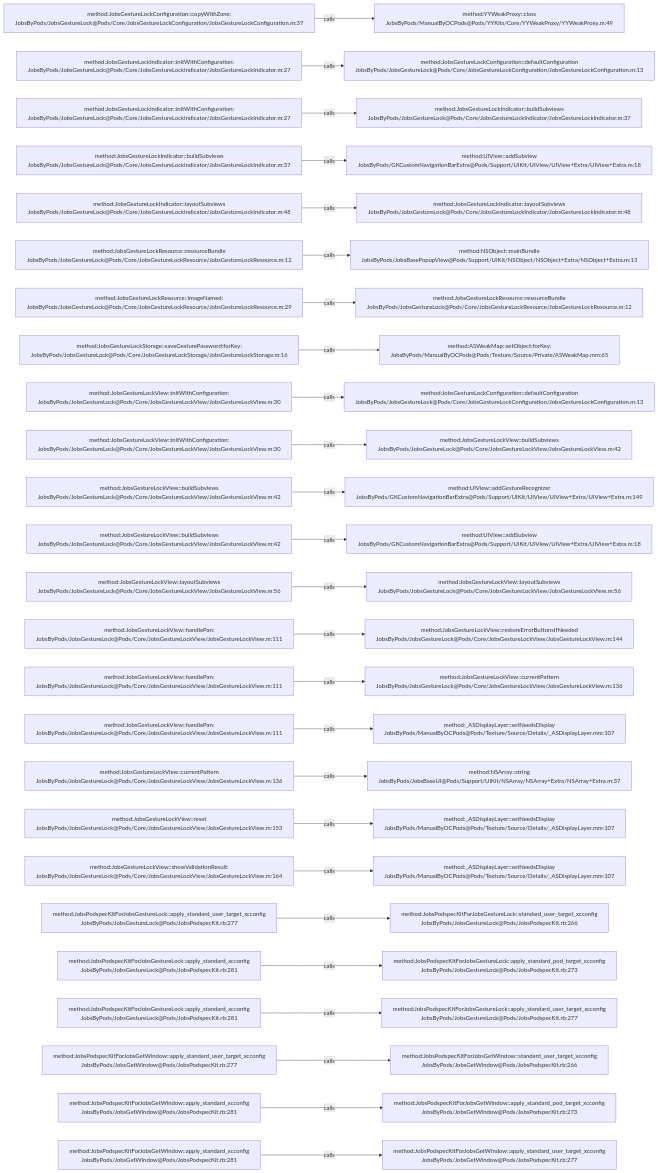
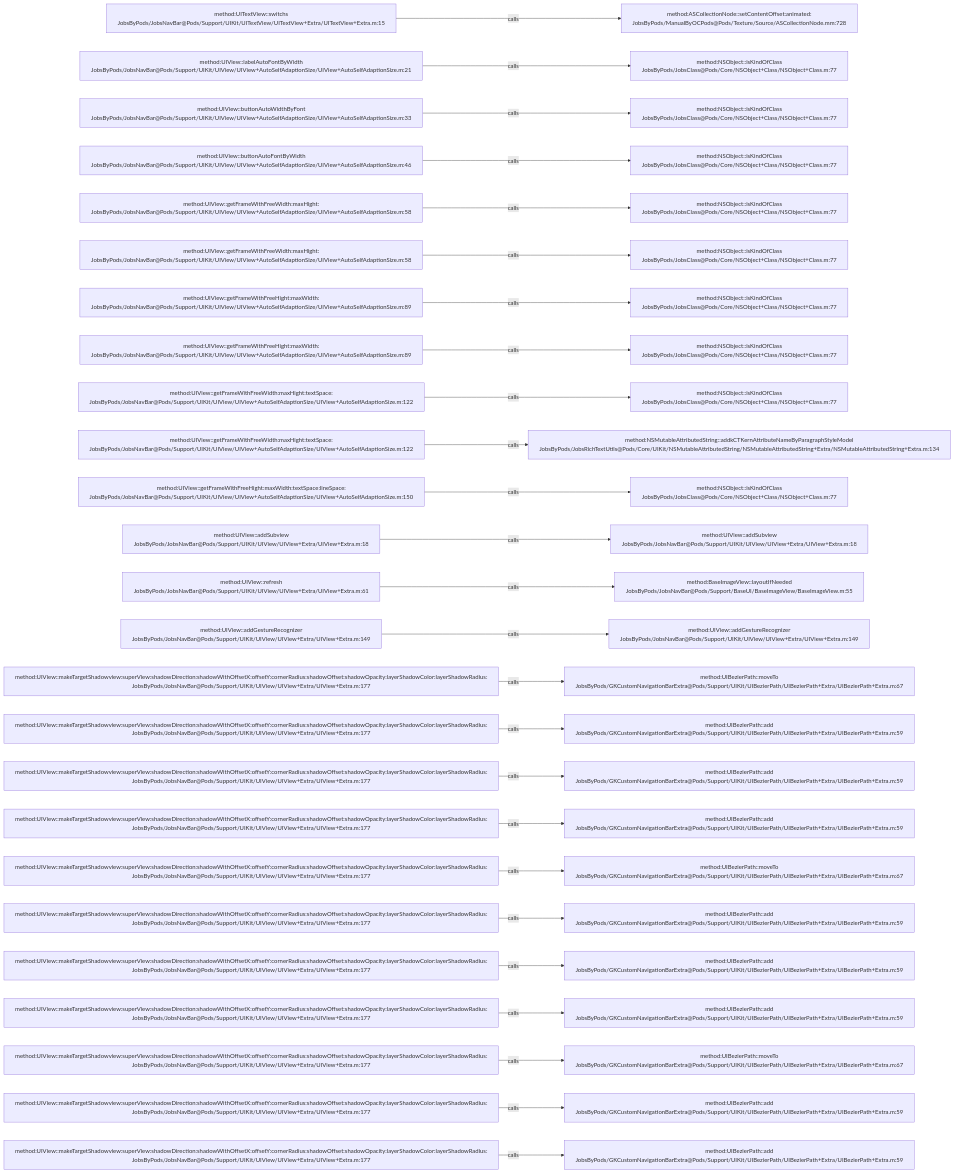
The diagram in .codegraph/codegraph.md/graphs/calls-124.md (JobsKits/JobsOCBaseConfigDemo), drawn with Mermaid before and after one commit. The commit also changed 1026 other files, not shown here.

````diff
--- a/.codegraph/codegraph.md/graphs/calls-124.md
+++ b/.codegraph/codegraph.md/graphs/calls-124.md
@@ -13,78 +13,78 @@
 ```mermaid
 flowchart LR
-  S1["method:JobsGestureLockConfiguration::copyWithZone:<br/>JobsByPods/JobsGestureLock@Pods/Core/JobsGestureLockConfiguration/JobsGestureLockConfiguration.m:37"]
-  T1["method:YYWeakProxy::class<br/>JobsByPods/ManualByOCPods@Pods/YYKits/Core/YYWeakProxy/YYWeakProxy.m:49"]
+  S1["method:UITextView::switchs<br/>JobsByPods/JobsNavBar@Pods/Support/UIKit/UITextView/UITextView+Extra/UITextView+Extra.m:15"]
+  T1["method:ASCollectionNode::setContentOffset:animated:<br/>JobsByPods/ManualByOCPods@Pods/Texture/Source/ASCollectionNode.mm:728"]
   S1 -->|calls| T1
-  S2["method:JobsGestureLockIndicator::initWithConfiguration:<br/>JobsByPods/JobsGestureLock@Pods/Core/JobsGestureLockIndicator/JobsGestureLockIndicator.m:27"]
-  T2["method:JobsGestureLockConfiguration::defaultConfiguration<br/>JobsByPods/JobsGestureLock@Pods/Core/JobsGestureLockConfiguration/JobsGestureLockConfiguration.m:13"]
+  S2["method:UIView::labelAutoFontByWidth<br/>JobsByPods/JobsNavBar@Pods/Support/UIKit/UIView/UIView+AutoSelfAdaptionSize/UIView+AutoSelfAdaptionSize.m:21"]
+  T2["method:NSObject::isKindOfClass<br/>JobsByPods/JobsClass@Pods/Core/NSObject+Class/NSObject+Class.m:77"]
   S2 -->|calls| T2
-  S3["method:JobsGestureLockIndicator::initWithConfiguration:<br/>JobsByPods/JobsGestureLock@Pods/Core/JobsGestureLockIndicator/JobsGestureLockIndicator.m:27"]
-  T3["method:JobsGestureLockIndicator::buildSubviews<br/>JobsByPods/JobsGestureLock@Pods/Core/JobsGestureLockIndicator/JobsGestureLockIndicator.m:37"]
+  S3["method:UIView::buttonAutoWidthByFont<br/>JobsByPods/JobsNavBar@Pods/Support/UIKit/UIView/UIView+AutoSelfAdaptionSize/UIView+AutoSelfAdaptionSize.m:33"]
+  T3["method:NSObject::isKindOfClass<br/>JobsByPods/JobsClass@Pods/Core/NSObject+Class/NSObject+Class.m:77"]
   S3 -->|calls| T3
-  S4["method:JobsGestureLockIndicator::buildSubviews<br/>JobsByPods/JobsGestureLock@Pods/Core/JobsGestureLockIndicator/JobsGestureLockIndicator.m:37"]
-  T4["method:UIView::addSubview<br/>JobsByPods/GKCustomNavigationBarExtra@Pods/Support/UIKit/UIView/UIView+Extra/UIView+Extra.m:18"]
+  S4["method:UIView::buttonAutoFontByWidth<br/>JobsByPods/JobsNavBar@Pods/Support/UIKit/UIView/UIView+AutoSelfAdaptionSize/UIView+AutoSelfAdaptionSize.m:46"]
+  T4["method:NSObject::isKindOfClass<br/>JobsByPods/JobsClass@Pods/Core/NSObject+Class/NSObject+Class.m:77"]
   S4 -->|calls| T4
-  S5["method:JobsGestureLockIndicator::layoutSubviews<br/>JobsByPods/JobsGestureLock@Pods/Core/JobsGestureLockIndicator/JobsGestureLockIndicator.m:48"]
-  T5["method:JobsGestureLockIndicator::layoutSubviews<br/>JobsByPods/JobsGestureLock@Pods/Core/JobsGestureLockIndicator/JobsGestureLockIndicator.m:48"]
+  S5["method:UIView::getFrameWithFreeWidth:maxHight:<br/>JobsByPods/JobsNavBar@Pods/Support/UIKit/UIView/UIView+AutoSelfAdaptionSize/UIView+AutoSelfAdaptionSize.m:58"]
+  T5["method:NSObject::isKindOfClass<br/>JobsByPods/JobsClass@Pods/Core/NSObject+Class/NSObject+Class.m:77"]
   S5 -->|calls| T5
-  S6["method:JobsGestureLockResource::resourceBundle<br/>JobsByPods/JobsGestureLock@Pods/Core/JobsGestureLockResource/JobsGestureLockResource.m:12"]
-  T6["method:NSObject::mainBundle<br/>JobsByPods/JobsBasePopupView@Pods/Support/UIKit/NSObject/NSObject+Extra/NSObject+Extra.m:13"]
+  S6["method:UIView::getFrameWithFreeWidth:maxHight:<br/>JobsByPods/JobsNavBar@Pods/Support/UIKit/UIView/UIView+AutoSelfAdaptionSize/UIView+AutoSelfAdaptionSize.m:58"]
+  T6["method:NSObject::isKindOfClass<br/>JobsByPods/JobsClass@Pods/Core/NSObject+Class/NSObject+Class.m:77"]
   S6 -->|calls| T6
-  S7["method:JobsGestureLockResource::imageNamed:<br/>JobsByPods/JobsGestureLock@Pods/Core/JobsGestureLockResource/JobsGestureLockResource.m:29"]
-  T7["method:JobsGestureLockResource::resourceBundle<br/>JobsByPods/JobsGestureLock@Pods/Core/JobsGestureLockResource/JobsGestureLockResource.m:12"]
+  S7["method:UIView::getFrameWithFreeHight:maxWidth:<br/>JobsByPods/JobsNavBar@Pods/Support/UIKit/UIView/UIView+AutoSelfAdaptionSize/UIView+AutoSelfAdaptionSize.m:89"]
+  T7["method:NSObject::isKindOfClass<br/>JobsByPods/JobsClass@Pods/Core/NSObject+Class/NSObject+Class.m:77"]
   S7 -->|calls| T7
-  S8["method:JobsGestureLockStorage::saveGesturePassword:forKey:<br/>JobsByPods/JobsGestureLock@Pods/Core/JobsGestureLockStorage/JobsGestureLockStorage.m:16"]
-  T8["method:ASWeakMap::setObject:forKey:<br/>JobsByPods/ManualByOCPods@Pods/Texture/Source/Private/ASWeakMap.mm:65"]
+  S8["method:UIView::getFrameWithFreeHight:maxWidth:<br/>JobsByPods/JobsNavBar@Pods/Support/UIKit/UIView/UIView+AutoSelfAdaptionSize/UIView+AutoSelfAdaptionSize.m:89"]
+  T8["method:NSObject::isKindOfClass<br/>JobsByPods/JobsClass@Pods/Core/NSObject+Class/NSObject+Class.m:77"]
   S8 -->|calls| T8
-  S9["method:JobsGestureLockView::initWithConfiguration:<br/>JobsByPods/JobsGestureLock@Pods/Core/JobsGestureLockView/JobsGestureLockView.m:30"]
-  T9["method:JobsGestureLockConfiguration::defaultConfiguration<br/>JobsByPods/JobsGestureLock@Pods/Core/JobsGestureLockConfiguration/JobsGestureLockConfiguration.m:13"]
+  S9["method:UIView::getFrameWithFreeWidth:maxHight:textSpace:<br/>JobsByPods/JobsNavBar@Pods/Support/UIKit/UIView/UIView+AutoSelfAdaptionSize/UIView+AutoSelfAdaptionSize.m:122"]
+  T9["method:NSObject::isKindOfClass<br/>JobsByPods/JobsClass@Pods/Core/NSObject+Class/NSObject+Class.m:77"]
   S9 -->|calls| T9
-  S10["method:JobsGestureLockView::initWithConfiguration:<br/>JobsByPods/JobsGestureLock@Pods/Core/JobsGestureLockView/JobsGestureLockView.m:30"]
-  T10["method:JobsGestureLockView::buildSubviews<br/>JobsByPods/JobsGestureLock@Pods/Core/JobsGestureLockView/JobsGestureLockView.m:42"]
+  S10["method:UIView::getFrameWithFreeWidth:maxHight:textSpace:<br/>JobsByPods/JobsNavBar@Pods/Support/UIKit/UIView/UIView+AutoSelfAdaptionSize/UIView+AutoSelfAdaptionSize.m:122"]
+  T10["method:NSMutableAttributedString::addkCTKernAttributeNameByParagraphStyleModel<br/>JobsByPods/JobsRichTextUtils@Pods/Core/UIKit/NSMutableAttributedString/NSMutableAttributedString+Extra/NSMutableAttributedString+Extra.m:134"]
   S10 -->|calls| T10
-  S11["method:JobsGestureLockView::buildSubviews<br/>JobsByPods/JobsGestureLock@Pods/Core/JobsGestureLockView/JobsGestureLockView.m:42"]
-  T11["method:UIView::addGestureRecognizer<br/>JobsByPods/GKCustomNavigationBarExtra@Pods/Support/UIKit/UIView/UIView+Extra/UIView+Extra.m:149"]
+  S11["method:UIView::getFrameWithFreeHight:maxWidth:textSpace:lineSpace:<br/>JobsByPods/JobsNavBar@Pods/Support/UIKit/UIView/UIView+AutoSelfAdaptionSize/UIView+AutoSelfAdaptionSize.m:150"]
+  T11["method:NSObject::isKindOfClass<br/>JobsByPods/JobsClass@Pods/Core/NSObject+Class/NSObject+Class.m:77"]
   S11 -->|calls| T11
-  S12["method:JobsGestureLockView::buildSubviews<br/>JobsByPods/JobsGestureLock@Pods/Core/JobsGestureLockView/JobsGestureLockView.m:42"]
-  T12["method:UIView::addSubview<br/>JobsByPods/GKCustomNavigationBarExtra@Pods/Support/UIKit/UIView/UIView+Extra/UIView+Extra.m:18"]
+  S12["method:UIView::addSubview<br/>JobsByPods/JobsNavBar@Pods/Support/UIKit/UIView/UIView+Extra/UIView+Extra.m:18"]
+  T12["method:UIView::addSubview<br/>JobsByPods/JobsNavBar@Pods/Support/UIKit/UIView/UIView+Extra/UIView+Extra.m:18"]
   S12 -->|calls| T12
-  S13["method:JobsGestureLockView::layoutSubviews<br/>JobsByPods/JobsGestureLock@Pods/Core/JobsGestureLockView/JobsGestureLockView.m:56"]
-  T13["method:JobsGestureLockView::layoutSubviews<br/>JobsByPods/JobsGestureLock@Pods/Core/JobsGestureLockView/JobsGestureLockView.m:56"]
+  S13["method:UIView::refresh<br/>JobsByPods/JobsNavBar@Pods/Support/UIKit/UIView/UIView+Extra/UIView+Extra.m:61"]
+  T13["method:BaseImageView::layoutIfNeeded<br/>JobsByPods/JobsNavBar@Pods/Support/BaseUI/BaseImageView/BaseImageView.m:55"]
   S13 -->|calls| T13
-  S14["method:JobsGestureLockView::handlePan:<br/>JobsByPods/JobsGestureLock@Pods/Core/JobsGestureLockView/JobsGestureLockView.m:111"]
-  T14["method:JobsGestureLockView::restoreErrorButtonsIfNeeded<br/>JobsByPods/JobsGestureLock@Pods/Core/JobsGestureLockView/JobsGestureLockView.m:144"]
+  S14["method:UIView::addGestureRecognizer<br/>JobsByPods/JobsNavBar@Pods/Support/UIKit/UIView/UIView+Extra/UIView+Extra.m:149"]
+  T14["method:UIView::addGestureRecognizer<br/>JobsByPods/JobsNavBar@Pods/Support/UIKit/UIView/UIView+Extra/UIView+Extra.m:149"]
   S14 -->|calls| T14
-  S15["method:JobsGestureLockView::handlePan:<br/>JobsByPods/JobsGestureLock@Pods/Core/JobsGestureLockView/JobsGestureLockView.m:111"]
-  T15["method:JobsGestureLockView::currentPattern<br/>JobsByPods/JobsGestureLock@Pods/Core/JobsGestureLockView/JobsGestureLockView.m:136"]
+  S15["method:UIView::makeTargetShadowview:superView:shadowDirection:shadowWithOffsetX:offsetY:cornerRadius:shadowOffset:shadowOpacity:layerShadowColor:layerShadowRadius:<br/>JobsByPods/JobsNavBar@Pods/Support/UIKit/UIView/UIView+Extra/UIView+Extra.m:177"]
+  T15["method:UIBezierPath::moveTo<br/>JobsByPods/GKCustomNavigationBarExtra@Pods/Support/UIKit/UIBezierPath/UIBezierPath+Extra/UIBezierPath+Extra.m:67"]
   S15 -->|calls| T15
-  S16["method:JobsGestureLockView::handlePan:<br/>JobsByPods/JobsGestureLock@Pods/Core/JobsGestureLockView/JobsGestureLockView.m:111"]
-  T16["method:_ASDisplayLayer::setNeedsDisplay<br/>JobsByPods/ManualByOCPods@Pods/Texture/Source/Details/_ASDisplayLayer.mm:107"]
+  S16["method:UIView::makeTargetShadowview:superView:shadowDirection:shadowWithOffsetX:offsetY:cornerRadius:shadowOffset:shadowOpacity:layerShadowColor:layerShadowRadius:<br/>JobsByPods/JobsNavBar@Pods/Support/UIKit/UIView/UIView+Extra/UIView+Extra.m:177"]
+  T16["method:UIBezierPath::add<br/>JobsByPods/GKCustomNavigationBarExtra@Pods/Support/UIKit/UIBezierPath/UIBezierPath+Extra/UIBezierPath+Extra.m:59"]
   S16 -->|calls| T16
-  S17["method:JobsGestureLockView::currentPattern<br/>JobsByPods/JobsGestureLock@Pods/Core/JobsGestureLockView/JobsGestureLockView.m:136"]
-  T17["method:NSArray::string<br/>JobsByPods/JobsBaseUI@Pods/Support/UIKit/NSArray/NSArray+Extra/NSArray+Extra.m:37"]
+  S17["method:UIView::makeTargetShadowview:superView:shadowDirection:shadowWithOffsetX:offsetY:cornerRadius:shadowOffset:shadowOpacity:layerShadowColor:layerShadowRadius:<br/>JobsByPods/JobsNavBar@Pods/Support/UIKit/UIView/UIView+Extra/UIView+Extra.m:177"]
+  T17["method:UIBezierPath::add<br/>JobsByPods/GKCustomNavigationBarExtra@Pods/Support/UIKit/UIBezierPath/UIBezierPath+Extra/UIBezierPath+Extra.m:59"]
   S17 -->|calls| T17
-  S18["method:JobsGestureLockView::reset<br/>JobsByPods/JobsGestureLock@Pods/Core/JobsGestureLockView/JobsGestureLockView.m:153"]
-  T18["method:_ASDisplayLayer::setNeedsDisplay<br/>JobsByPods/ManualByOCPods@Pods/Texture/Source/Details/_ASDisplayLayer.mm:107"]
+  S18["method:UIView::makeTargetShadowview:superView:shadowDirection:shadowWithOffsetX:offsetY:cornerRadius:shadowOffset:shadowOpacity:layerShadowColor:layerShadowRadius:<br/>JobsByPods/JobsNavBar@Pods/Support/UIKit/UIView/UIView+Extra/UIView+Extra.m:177"]
+  T18["method:UIBezierPath::add<br/>JobsByPods/GKCustomNavigationBarExtra@Pods/Support/UIKit/UIBezierPath/UIBezierPath+Extra/UIBezierPath+Extra.m:59"]
   S18 -->|calls| T18
-  S19["method:JobsGestureLockView::showValidationResult:<br/>JobsByPods/JobsGestureLock@Pods/Core/JobsGestureLockView/JobsGestureLockView.m:164"]
-  T19["method:_ASDisplayLayer::setNeedsDisplay<br/>JobsByPods/ManualByOCPods@Pods/Texture/Source/Details/_ASDisplayLayer.mm:107"]
+  S19["method:UIView::makeTargetShadowview:superView:shadowDirection:shadowWithOffsetX:offsetY:cornerRadius:shadowOffset:shadowOpacity:layerShadowColor:layerShadowRadius:<br/>JobsByPods/JobsNavBar@Pods/Support/UIKit/UIView/UIView+Extra/UIView+Extra.m:177"]
+  T19["method:UIBezierPath::moveTo<br/>JobsByPods/GKCustomNavigationBarExtra@Pods/Support/UIKit/UIBezierPath/UIBezierPath+Extra/UIBezierPath+Extra.m:67"]
   S19 -->|calls| T19
-  S20["method:JobsPodspecKitForJobsGestureLock::apply_standard_user_target_xcconfig<br/>JobsByPods/JobsGestureLock@Pods/JobsPodspecKit.rb:277"]
-  T20["method:JobsPodspecKitForJobsGestureLock::standard_user_target_xcconfig<br/>JobsByPods/JobsGestureLock@Pods/JobsPodspecKit.rb:266"]
+  S20["method:UIView::makeTargetShadowview:superView:shadowDirection:shadowWithOffsetX:offsetY:cornerRadius:shadowOffset:shadowOpacity:layerShadowColor:layerShadowRadius:<br/>JobsByPods/JobsNavBar@Pods/Support/UIKit/UIView/UIView+Extra/UIView+Extra.m:177"]
+  T20["method:UIBezierPath::add<br/>JobsByPods/GKCustomNavigationBarExtra@Pods/Support/UIKit/UIBezierPath/UIBezierPath+Extra/UIBezierPath+Extra.m:59"]
   S20 -->|calls| T20
-  S21["method:JobsPodspecKitForJobsGestureLock::apply_standard_xcconfig<br/>JobsByPods/JobsGestureLock@Pods/JobsPodspecKit.rb:281"]
-  T21["method:JobsPodspecKitForJobsGestureLock::apply_standard_pod_target_xcconfig<br/>JobsByPods/JobsGestureLock@Pods/JobsPodspecKit.rb:273"]
+  S21["method:UIView::makeTargetShadowview:superView:shadowDirection:shadowWithOffsetX:offsetY:cornerRadius:shadowOffset:shadowOpacity:layerShadowColor:layerShadowRadius:<br/>JobsByPods/JobsNavBar@Pods/Support/UIKit/UIView/UIView+Extra/UIView+Extra.m:177"]
+  T21["method:UIBezierPath::add<br/>JobsByPods/GKCustomNavigationBarExtra@Pods/Support/UIKit/UIBezierPath/UIBezierPath+Extra/UIBezierPath+Extra.m:59"]
   S21 -->|calls| T21
-  S22["method:JobsPodspecKitForJobsGestureLock::apply_standard_xcconfig<br/>JobsByPods/JobsGestureLock@Pods/JobsPodspecKit.rb:281"]
-  T22["method:JobsPodspecKitForJobsGestureLock::apply_standard_user_target_xcconfig<br/>JobsByPods/JobsGestureLock@Pods/JobsPodspecKit.rb:277"]
+  S22["method:UIView::makeTargetShadowview:superView:shadowDirection:shadowWithOffsetX:offsetY:cornerRadius:shadowOffset:shadowOpacity:layerShadowColor:layerShadowRadius:<br/>JobsByPods/JobsNavBar@Pods/Support/UIKit/UIView/UIView+Extra/UIView+Extra.m:177"]
+  T22["method:UIBezierPath::add<br/>JobsByPods/GKCustomNavigationBarExtra@Pods/Support/UIKit/UIBezierPath/UIBezierPath+Extra/UIBezierPath+Extra.m:59"]
   S22 -->|calls| T22
-  S23["method:JobsPodspecKitForJobsGetWindow::apply_standard_user_target_xcconfig<br/>JobsByPods/JobsGetWindow@Pods/JobsPodspecKit.rb:277"]
-  T23["method:JobsPodspecKitForJobsGetWindow::standard_user_target_xcconfig<br/>JobsByPods/JobsGetWindow@Pods/JobsPodspecKit.rb:266"]
+  S23["method:UIView::makeTargetShadowview:superView:shadowDirection:shadowWithOffsetX:offsetY:cornerRadius:shadowOffset:shadowOpacity:layerShadowColor:layerShadowRadius:<br/>JobsByPods/JobsNavBar@Pods/Support/UIKit/UIView/UIView+Extra/UIView+Extra.m:177"]
+  T23["method:UIBezierPath::moveTo<br/>JobsByPods/GKCustomNavigationBarExtra@Pods/Support/UIKit/UIBezierPath/UIBezierPath+Extra/UIBezierPath+Extra.m:67"]
   S23 -->|calls| T23
-  S24["method:JobsPodspecKitForJobsGetWindow::apply_standard_xcconfig<br/>JobsByPods/JobsGetWindow@Pods/JobsPodspecKit.rb:281"]
-  T24["method:JobsPodspecKitForJobsGetWindow::apply_standard_pod_target_xcconfig<br/>JobsByPods/JobsGetWindow@Pods/JobsPodspecKit.rb:273"]
+  S24["method:UIView::makeTargetShadowview:superView:shadowDirection:shadowWithOffsetX:offsetY:cornerRadius:shadowOffset:shadowOpacity:layerShadowColor:layerShadowRadius:<br/>JobsByPods/JobsNavBar@Pods/Support/UIKit/UIView/UIView+Extra/UIView+Extra.m:177"]
+  T24["method:UIBezierPath::add<br/>JobsByPods/GKCustomNavigationBarExtra@Pods/Support/UIKit/UIBezierPath/UIBezierPath+Extra/UIBezierPath+Extra.m:59"]
   S24 -->|calls| T24
-  S25["method:JobsPodspecKitForJobsGetWindow::apply_standard_xcconfig<br/>JobsByPods/JobsGetWindow@Pods/JobsPodspecKit.rb:281"]
-  T25["method:JobsPodspecKitForJobsGetWindow::apply_standard_user_target_xcconfig<br/>JobsByPods/JobsGetWindow@Pods/JobsPodspecKit.rb:277"]
+  S25["method:UIView::makeTargetShadowview:superView:shadowDirection:shadowWithOffsetX:offsetY:cornerRadius:shadowOffset:shadowOpacity:layerShadowColor:layerShadowRadius:<br/>JobsByPods/JobsNavBar@Pods/Support/UIKit/UIView/UIView+Extra/UIView+Extra.m:177"]
+  T25["method:UIBezierPath::add<br/>JobsByPods/GKCustomNavigationBarExtra@Pods/Support/UIKit/UIBezierPath/UIBezierPath+Extra/UIBezierPath+Extra.m:59"]
   S25 -->|calls| T25
 ```
````
